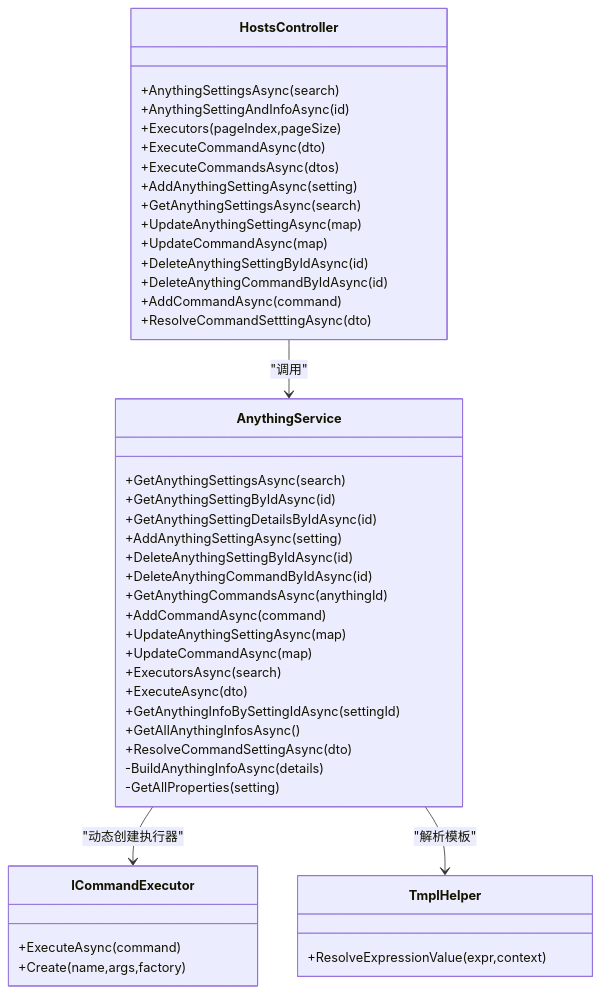
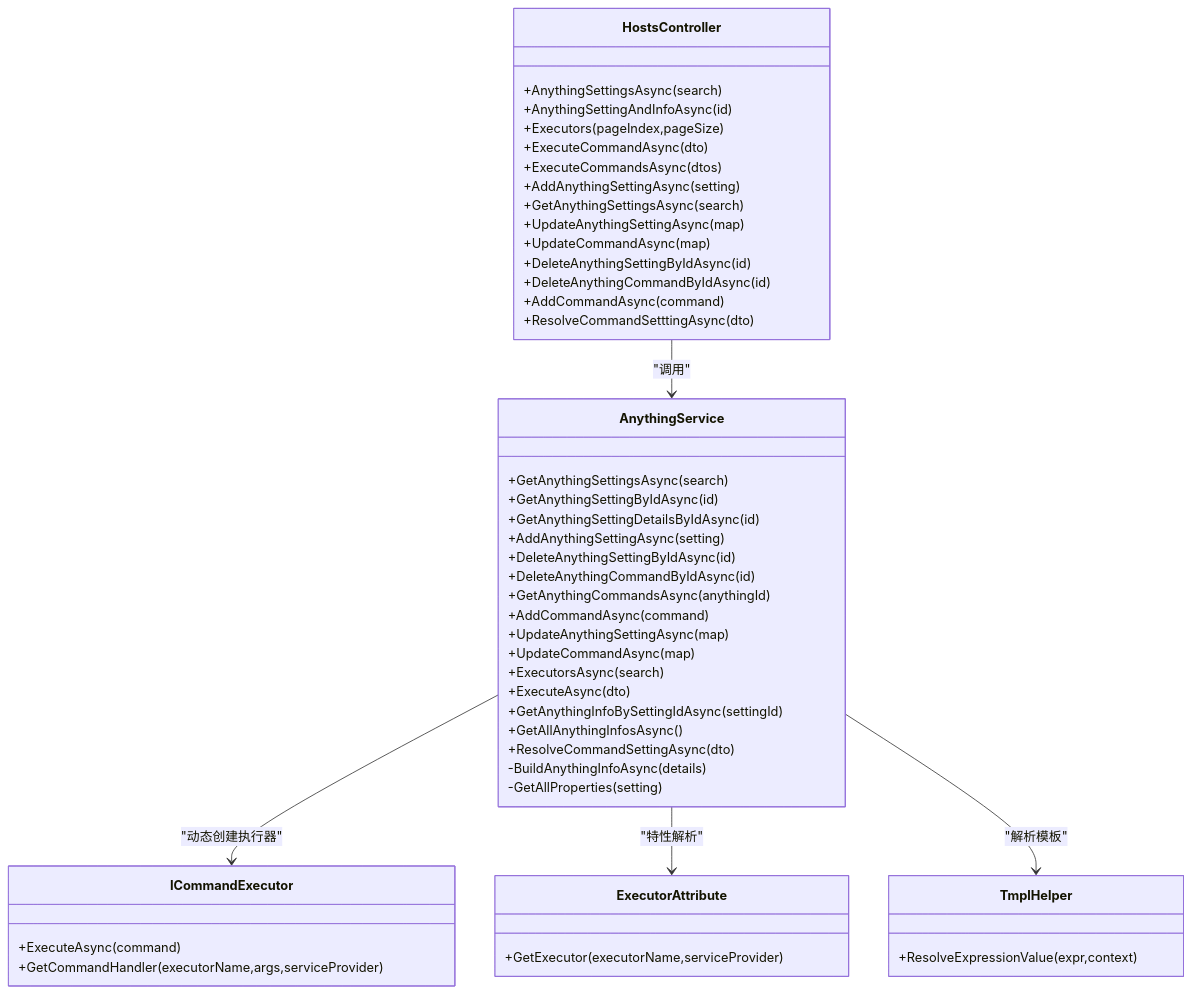
One commit to Sosososolong/AirGo changed the second of 9 diagrams in .qoder/repowiki/zh/content/项目概述/核心特性/远程主机管理/AnythingService 核心功能.md. Above: the diagram before and after it, drawn with Mermaid. The commit also changed other lines of this file and 7 other files, not shown here.

````diff
--- a/.qoder/repowiki/zh/content/项目概述/核心特性/远程主机管理/AnythingService 核心功能.md
+++ b/.qoder/repowiki/zh/content/项目概述/核心特性/远程主机管理/AnythingService 核心功能.md
@@ -118,47 +130,51 @@
 ```mermaid
 classDiagram
 class AnythingService {
 +GetAnythingSettingsAsync(search)
 +GetAnythingSettingByIdAsync(id)
 +GetAnythingSettingDetailsByIdAsync(id)
 +AddAnythingSettingAsync(setting)
 +DeleteAnythingSettingByIdAsync(id)
 +DeleteAnythingCommandByIdAsync(id)
 +GetAnythingCommandsAsync(anythingId)
 +AddCommandAsync(command)
 +UpdateAnythingSettingAsync(map)
 +UpdateCommandAsync(map)
 +ExecutorsAsync(search)
 +ExecuteAsync(dto)
 +GetAnythingInfoBySettingIdAsync(settingId)
 +GetAllAnythingInfosAsync()
 +ResolveCommandSettingAsync(dto)
 -BuildAnythingInfoAsync(details)
 -GetAllProperties(setting)
 }
 class HostsController {
 +AnythingSettingsAsync(search)
 +AnythingSettingAndInfoAsync(id)
 +Executors(pageIndex,pageSize)
 +ExecuteCommandAsync(dto)
 +ExecuteCommandsAsync(dtos)
 +AddAnythingSettingAsync(setting)
 +GetAnythingSettingsAsync(search)
 +UpdateAnythingSettingAsync(map)
 +UpdateCommandAsync(map)
 +DeleteAnythingSettingByIdAsync(id)
 +DeleteAnythingCommandByIdAsync(id)
 +AddCommandAsync(command)
 +ResolveCommandSetttingAsync(dto)
 }
 class ICommandExecutor {
 +ExecuteAsync(command)
-+Create(name,args,factory)
++GetCommandHandler(executorName,args,serviceProvider)
+}
+class ExecutorAttribute {
++GetExecutor(executorName,serviceProvider)
 }
 class TmplHelper {
 +ResolveExpressionValue(expr,context)
 }
 AnythingService --> ICommandExecutor : "动态创建执行器"
+AnythingService --> ExecutorAttribute : "特性解析"
 AnythingService --> TmplHelper : "解析模板"
 HostsController --> AnythingService : "调用"
 ```
````
